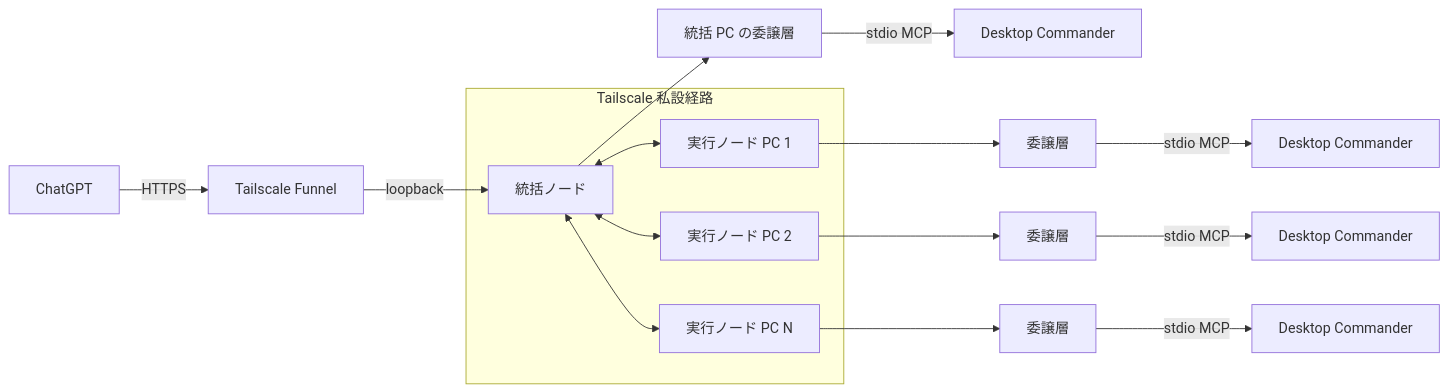
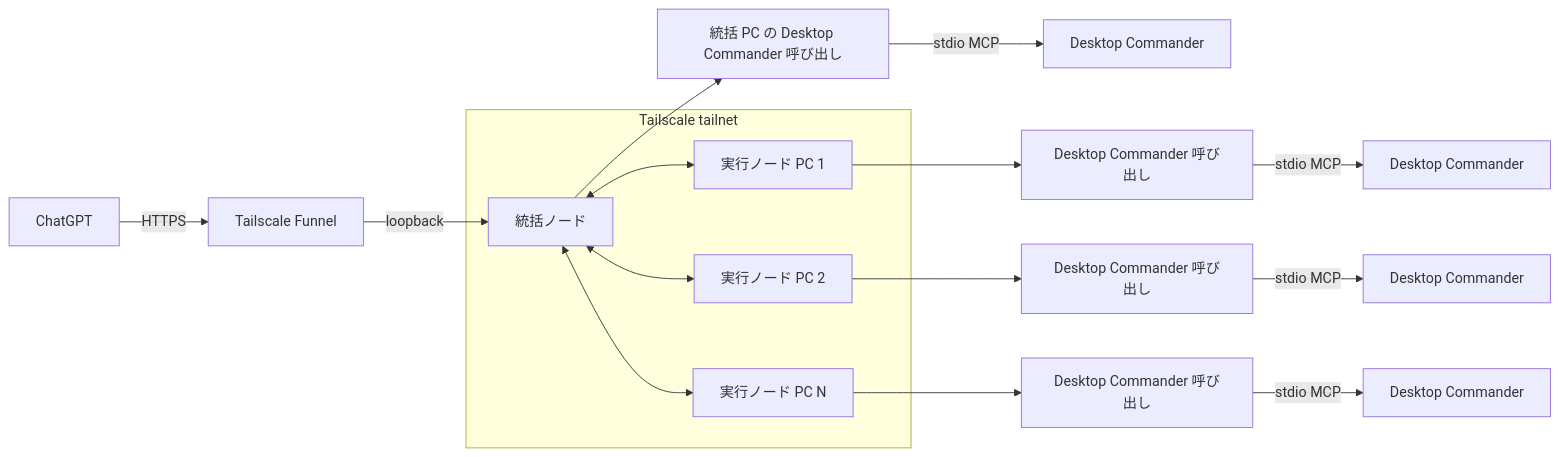
One commit to ssaattww/RemoteDesktopMCP changed the first of 2 diagrams in doc/design/multi-pc-architecture.md. Above: the diagram before and after it, drawn with Mermaid. The commit also changed other lines of this file and 3 other files, not shown here.

````diff
--- a/doc/design/multi-pc-architecture.md
+++ b/doc/design/multi-pc-architecture.md
@@ -42,17 +41,17 @@
 ```mermaid
 flowchart LR
     ChatGPT[ChatGPT] -->|HTTPS| Funnel[Tailscale Funnel]
     Funnel -->|loopback| C[統括ノード]
-    C --> CA[統括 PC の委譲層]
+    C --> CA[統括 PC の Desktop Commander 呼び出し]
     CA -->|stdio MCP| CD[Desktop Commander]
 
-    subgraph Tailnet[Tailscale 私設経路]
+    subgraph Tailnet[Tailscale tailnet]
         C <--> P1[実行ノード PC 1]
         C <--> P2[実行ノード PC 2]
         C <--> PN[実行ノード PC N]
     end
 
-    P1 --> P1A[委譲層] -->|stdio MCP| P1D[Desktop Commander]
-    P2 --> P2A[委譲層] -->|stdio MCP| P2D[Desktop Commander]
-    PN --> PNA[委譲層] -->|stdio MCP| PND[Desktop Commander]
+    P1 --> P1A[Desktop Commander 呼び出し] -->|stdio MCP| P1D[Desktop Commander]
+    P2 --> P2A[Desktop Commander 呼び出し] -->|stdio MCP| P2D[Desktop Commander]
+    PN --> PNA[Desktop Commander 呼び出し] -->|stdio MCP| PND[Desktop Commander]
 ```
````
